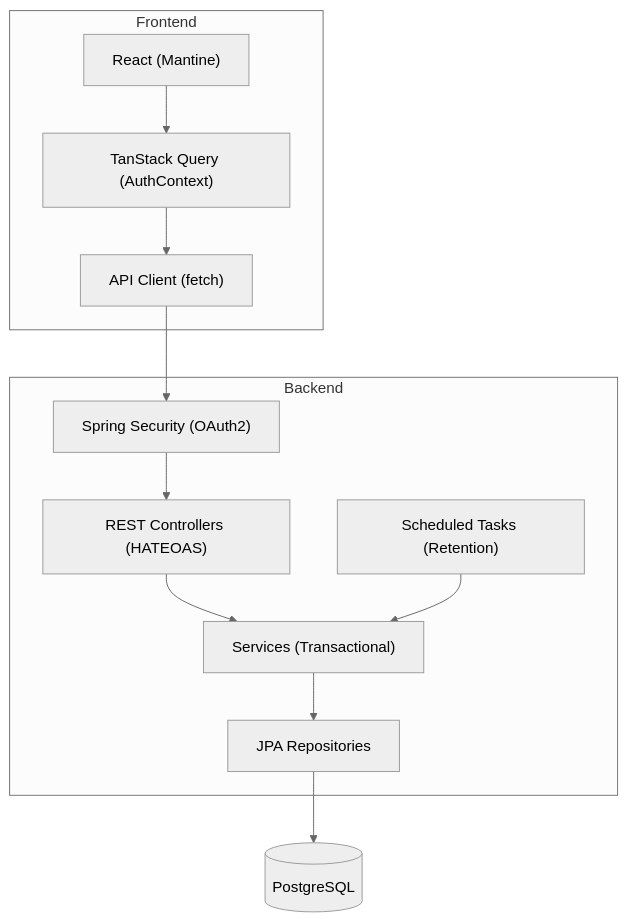
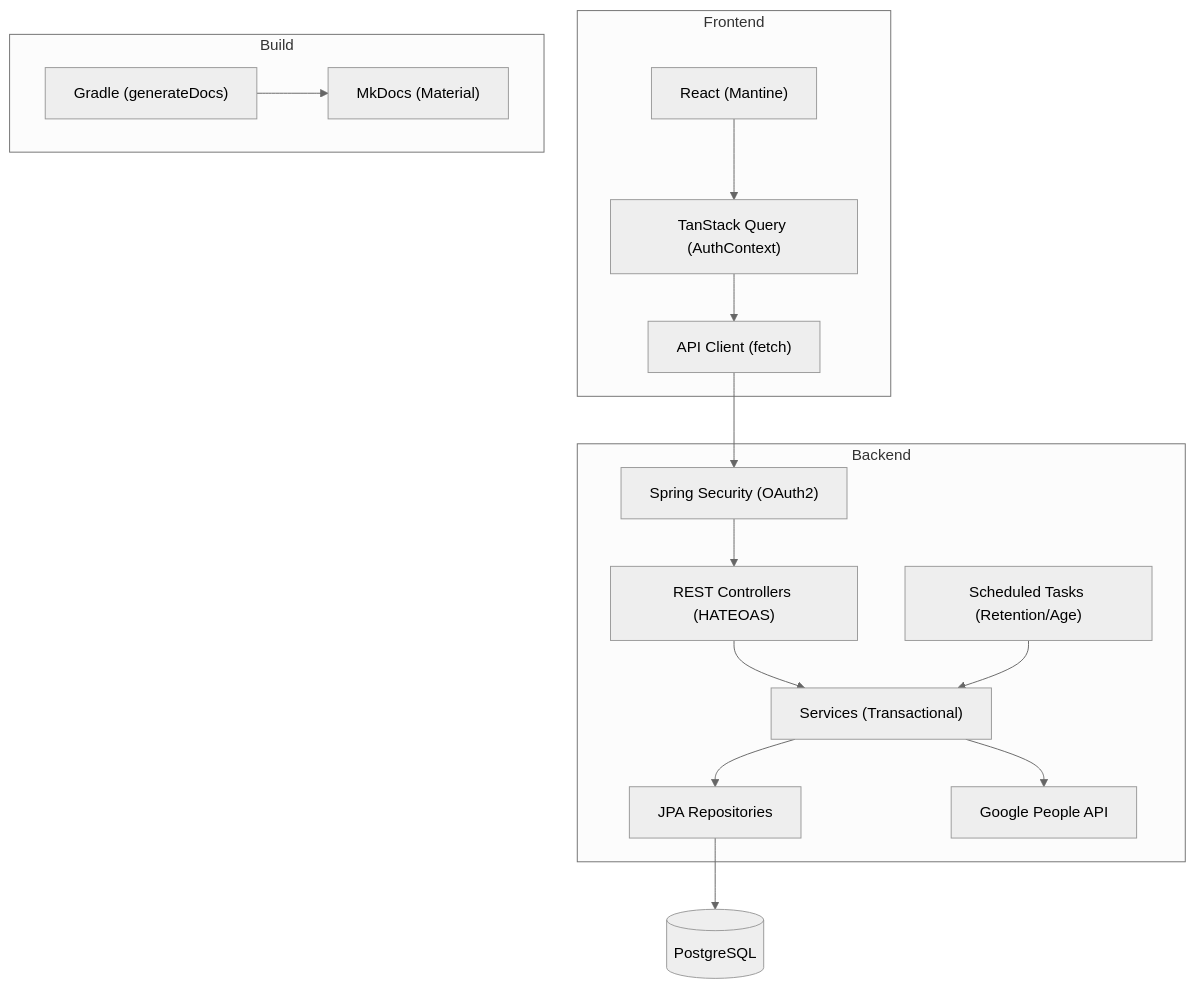
The first of 2 diagrams in docs/specification/design.md (jlmonteiro/home-application), drawn with Mermaid (neutral theme) before and after one commit. The commit also changed other lines of this file and 8 other files, not shown here.

````diff
--- a/docs/specification/design.md
+++ b/docs/specification/design.md
@@ -24,25 +26,33 @@
 ```mermaid
 graph TD
     subgraph Frontend
         UI["React (Mantine)"]
         State["TanStack Query (AuthContext)"]
         API["API Client (fetch)"]
     end
 
     subgraph Backend
         Sec["Spring Security (OAuth2)"]
         Ctrl["REST Controllers (HATEOAS)"]
         Srv["Services (Transactional)"]
         Repo["JPA Repositories"]
-        Sched["Scheduled Tasks (Retention)"]
+        Sched["Scheduled Tasks (Retention/Age)"]
+        Ext["Google People API"]
+    end
+
+    subgraph Build
+        Gradle["Gradle (generateDocs)"]
+        MkDocs["MkDocs (Material)"]
     end
 
     UI --> State
     State --> API
     API --> Sec
     Sec --> Ctrl
     Ctrl --> Srv
     Srv --> Repo
     Repo --> DB[(PostgreSQL)]
     Sched --> Srv
+    Srv --> Ext
+    Gradle --> MkDocs
 ```
````
